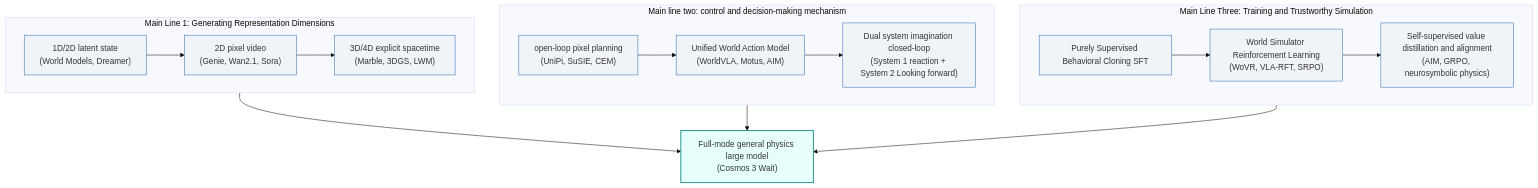
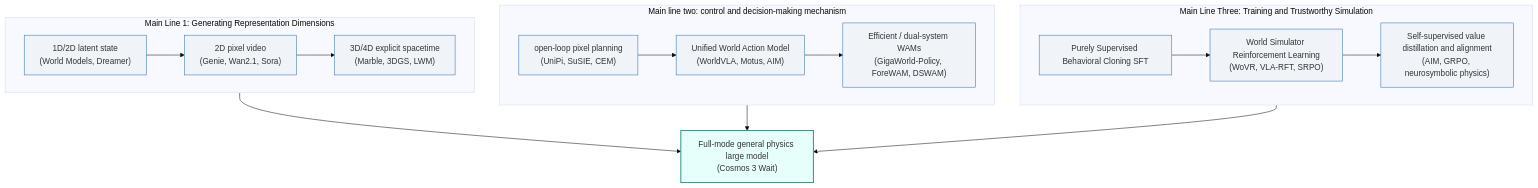
Diagram 11 of 11 in _translations/en/research/World-Models-Survey.md (TingdeLiu/tingdeliu.github.io), drawn with Mermaid (base theme) before and after one commit. The commit also changed other lines of this file and 2 other files, not shown here.

First line of the commit message:
docs(world-models): add late-2026 advances and tighten Marble & Atlas

````diff
--- a/_translations/en/research/World-Models-Survey.md
+++ b/_translations/en/research/World-Models-Survey.md
@@ -2882,26 +2825,26 @@
 ```mermaid
 flowchart TD
     subgraph Track1["Main Line 1: Generating Representation Dimensions"]
         T1_1["1D/2D latent state<br/>(World Models, Dreamer)"] --> T1_2["2D pixel video<br/>(Genie, Wan2.1, Sora)"]
         T1_2 --> T1_3["3D/4D explicit spacetime<br/>(Marble, 3DGS, LWM)"]
     end
 
     subgraph Track2["Main line two: control and decision-making mechanism"]
         T2_1["open-loop pixel planning<br/>(UniPi, SuSIE, CEM)"] --> T2_2["Unified World Action Model<br/>(WorldVLA, Motus, AIM)"]
-        T2_2 --> T2_3["Dual system imagination closed-loop<br/>(System 1 reaction + System 2 Looking forward)"]
+        T2_2 --> T2_3["Efficient / dual-system WAMs<br/>(GigaWorld-Policy, ForeWAM, DSWAM)"]
     end
 
     subgraph Track3["Main Line Three: Training and Trustworthy Simulation"]
         T3_1["Purely Supervised Behavioral Cloning SFT"] --> T3_2["World Simulator Reinforcement Learning<br/>(WoVR, VLA-RFT, SRPO)"]
         T3_2 --> T3_3["Self-supervised value distillation and alignment<br/>(AIM, GRPO, neurosymbolic physics)"]
     end
 
     Track1 --> Convergence["Full-mode general physics large model<br/>(Cosmos 3 Wait)"]
     Track2 --> Convergence
     Track3 --> Convergence
 
     classDef stage fill:#f0f4f8,stroke:#2b6cb0,stroke-width:1px;
     classDef target fill:#e6fffa,stroke:#319795,stroke-width:2px;
     class T1_1,T1_2,T1_3,T2_1,T2_2,T2_3,T3_1,T3_2,T3_3 stage;
     class Convergence target;
 ```
````
